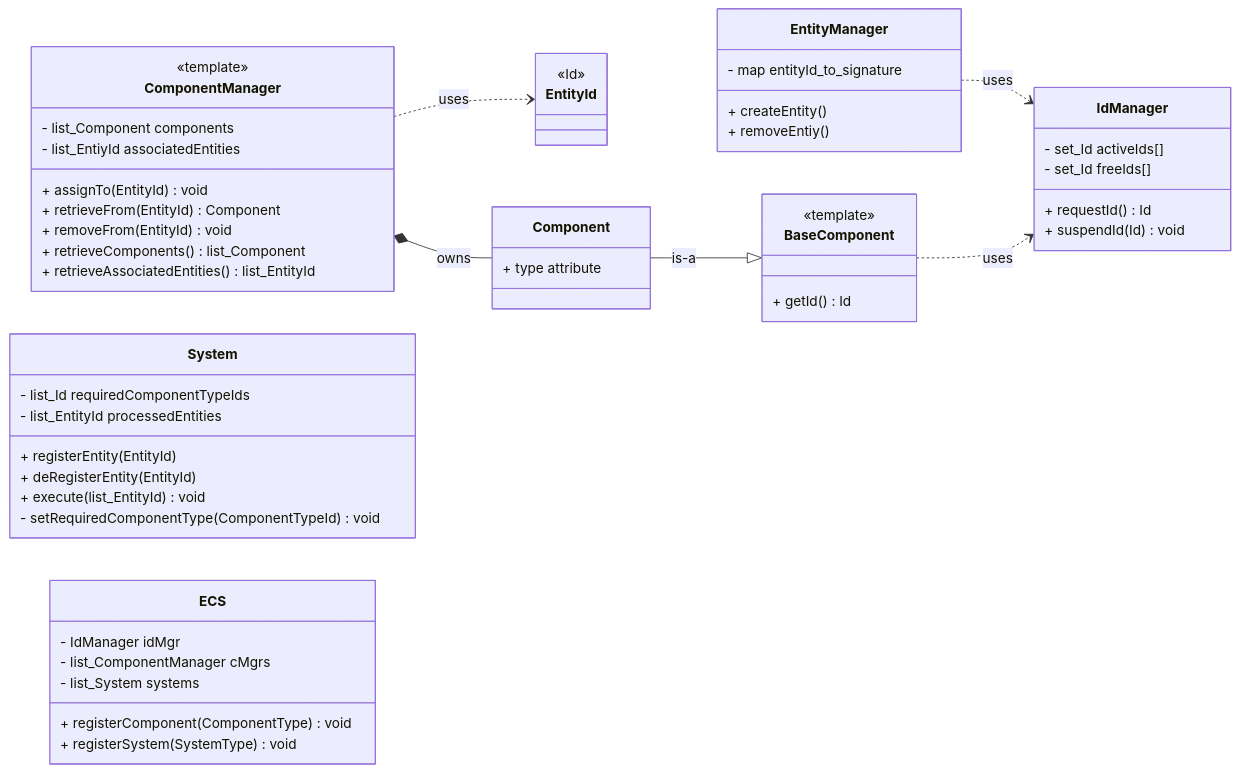
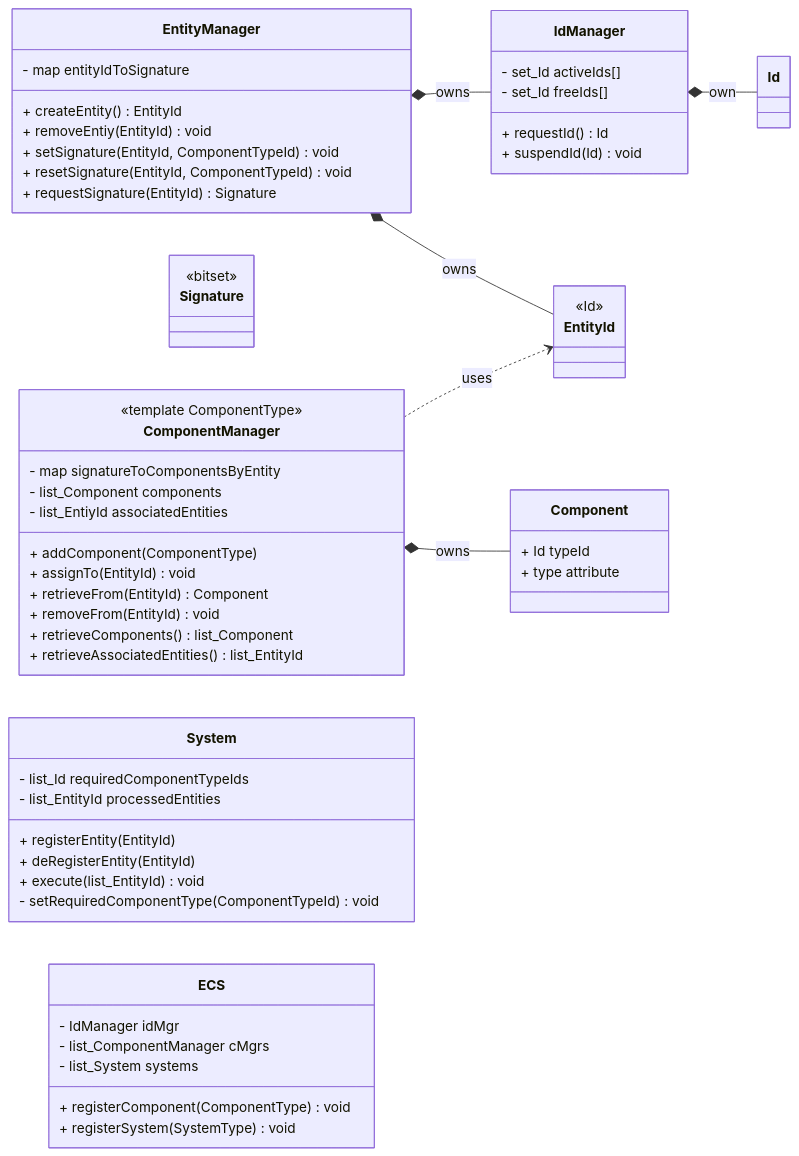
Before and after one commit to SinixND/roguelike: the second of 2 diagrams in ECS_uml.md, drawn with Mermaid. The commit also changed 11 other files, not shown here.

````diff
--- a/ECS_uml.md
+++ b/ECS_uml.md
@@ -13,65 +13,77 @@
 ```mermaid
 classDiagram 
 
 direction LR
 title ECS
 
+class Id
+
+IdManager *-- Id : own
 class IdManager {
     - set_Id activeIds[]
     - set_Id freeIds[]
     + requestId() Id
     + suspendId(Id) void
 }
 
 class EntityId {
     <<Id>>
 }
 
-EntityManager ..> IdManager : uses
+EntityManager *-- IdManager : owns
+EntityManager *-- EntityId : owns
 class EntityManager {
-- map entityId_to_signature
-+ createEntity()
-+ removeEntiy()
+- map entityIdToSignature
++ createEntity() EntityId
++ removeEntiy(EntityId) void
++ setSignature(EntityId, ComponentTypeId) void
++ resetSignature(EntityId, ComponentTypeId) void
++ requestSignature(EntityId) Signature
 }
 
-BaseComponent ..> IdManager : uses
-class BaseComponent {
-    <<template>>
-    + getId() Id
+class Component {
+    + Id typeId
+    + type attribute
 }
 
-Component --|> BaseComponent : is-a
-class Component {
-    + type attribute
+class Signature {
+    <<bitset>>
+}
+
+
+class ComponentManager {
+    <<template ComponentType>>
+    - map signatureToComponentsByEntity    
+    + addComponent(ComponentType)
 }
 
 ComponentManager *-- Component : owns
 ComponentManager ..> EntityId : uses
 class ComponentManager {
     <<template>>
     - list_Component components
     - list_EntiyId associatedEntities
     + assignTo(EntityId) void
     + retrieveFrom(EntityId) Component
     + removeFrom(EntityId) void
     + retrieveComponents() list_Component
     + retrieveAssociatedEntities() list_EntityId
 }
 
 class System {
     - list_Id requiredComponentTypeIds
     - list_EntityId processedEntities
     + registerEntity(EntityId)
     + deRegisterEntity(EntityId)
     + execute(list_EntityId) void
     - setRequiredComponentType(ComponentTypeId) void
 }
 
 class ECS {
     - IdManager idMgr
     - list_ComponentManager cMgrs
     - list_System systems
     + registerComponent(ComponentType) void
     + registerSystem(SystemType) void
 }
 ```
````
